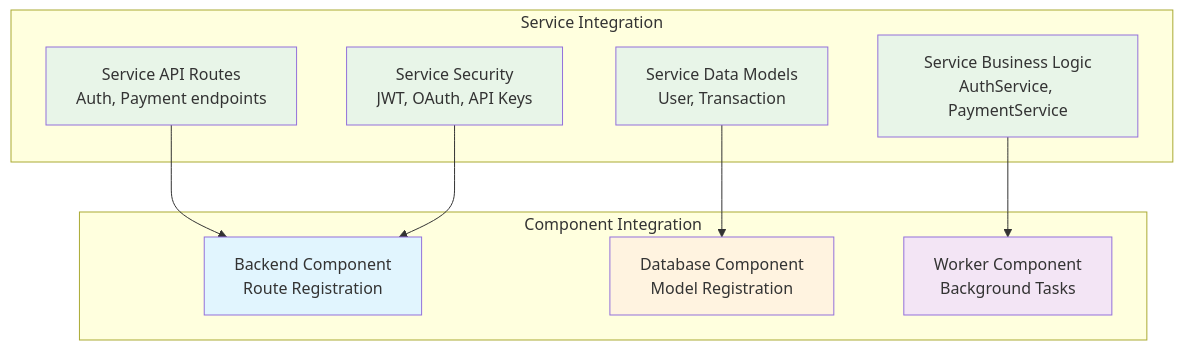
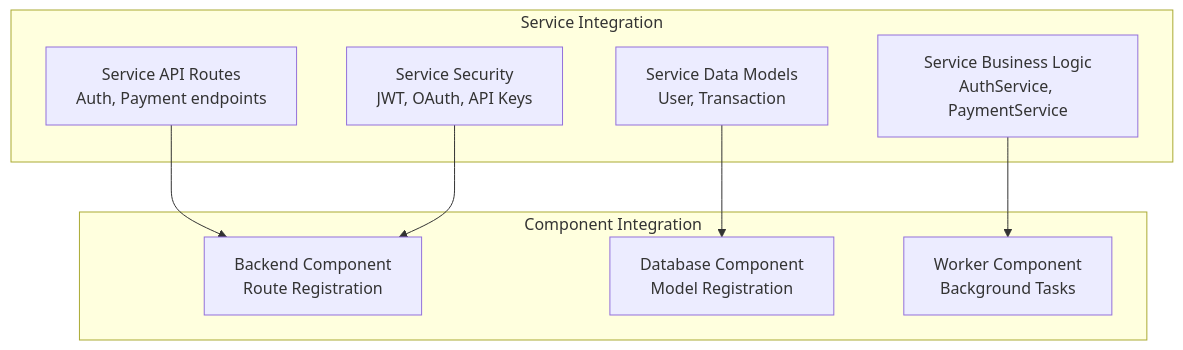
The fourth of 4 diagrams in docs/services/index.md (bhardwajRahul/aegis-stack), drawn with Mermaid before and after one commit. The commit also changed other lines of this file and 26 other files, not shown here.

````diff
--- a/docs/services/index.md
+++ b/docs/services/index.md
@@ -191,28 +161,21 @@
 ```mermaid
 graph TB
     subgraph "Service Integration"
         ServiceAPI["Service API Routes<br/>Auth, Payment endpoints"]
-        ServiceLogic[Service Business Logic<br/>AuthService, PaymentService]
-        ServiceModels[Service Data Models<br/>User, Transaction]
-        ServiceSecurity[Service Security<br/>JWT, OAuth, API Keys]
+        ServiceLogic["Service Business Logic<br/>AuthService, PaymentService"]
+        ServiceModels["Service Data Models<br/>User, Transaction"]
+        ServiceSecurity["Service Security<br/>JWT, OAuth, API Keys"]
     end
 
     subgraph "Component Integration"
-        Backend[Backend Component<br/>Route Registration]
-        Database[Database Component<br/>Model Registration]
-        Worker[Worker Component<br/>Background Tasks]
+        Backend["Backend Component<br/>Route Registration"]
+        Database["Database Component<br/>Model Registration"]
+        Worker["Worker Component<br/>Background Tasks"]
     end
 
     ServiceAPI --> Backend
     ServiceModels --> Database
     ServiceLogic --> Worker
     ServiceSecurity --> Backend
 
-    style ServiceAPI fill:#e8f5e8
-    style ServiceLogic fill:#e8f5e8
-    style ServiceModels fill:#e8f5e8
-    style ServiceSecurity fill:#e8f5e8
-    style Backend fill:#e1f5fe
-    style Database fill:#fff3e0
-    style Worker fill:#f3e5f5
 ```
````
